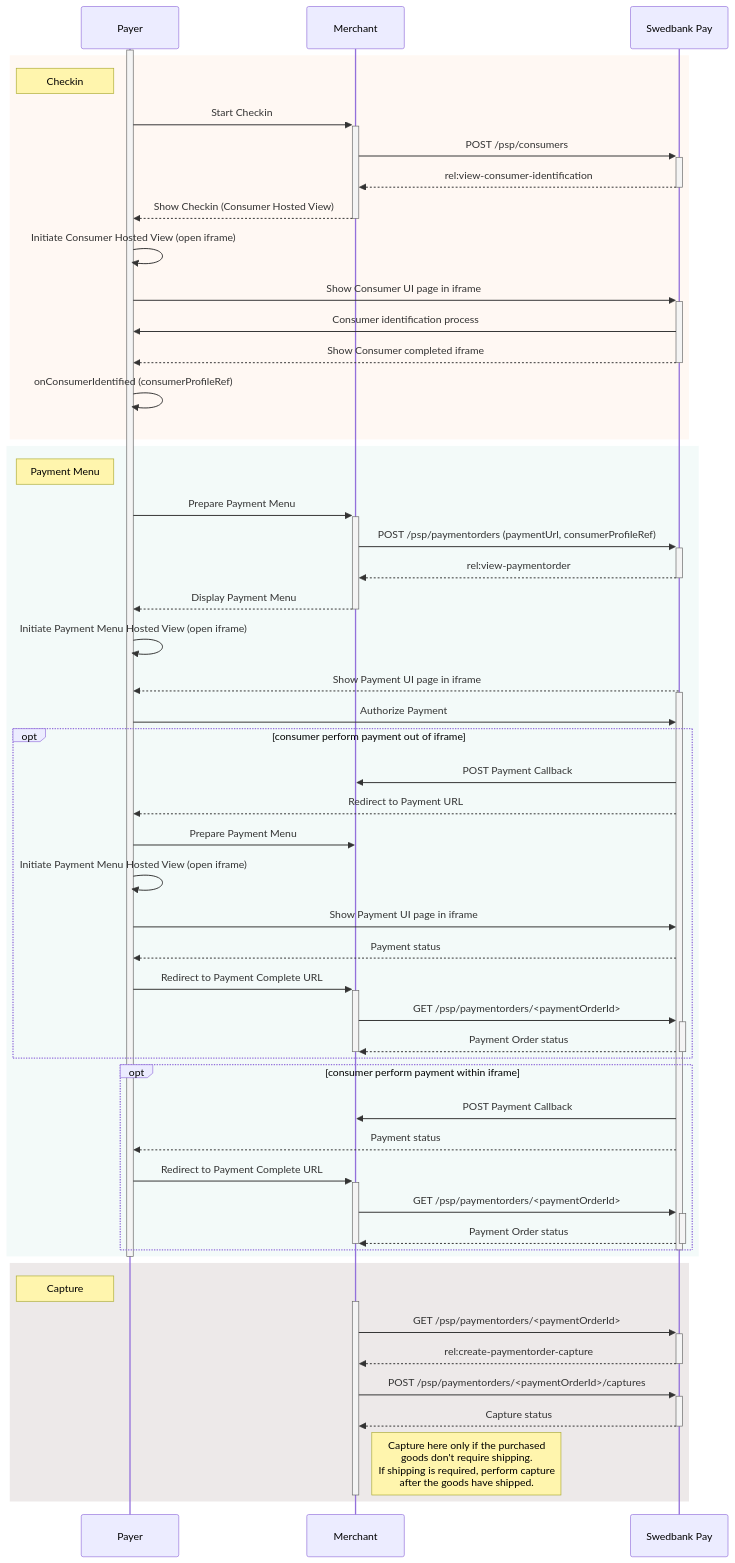
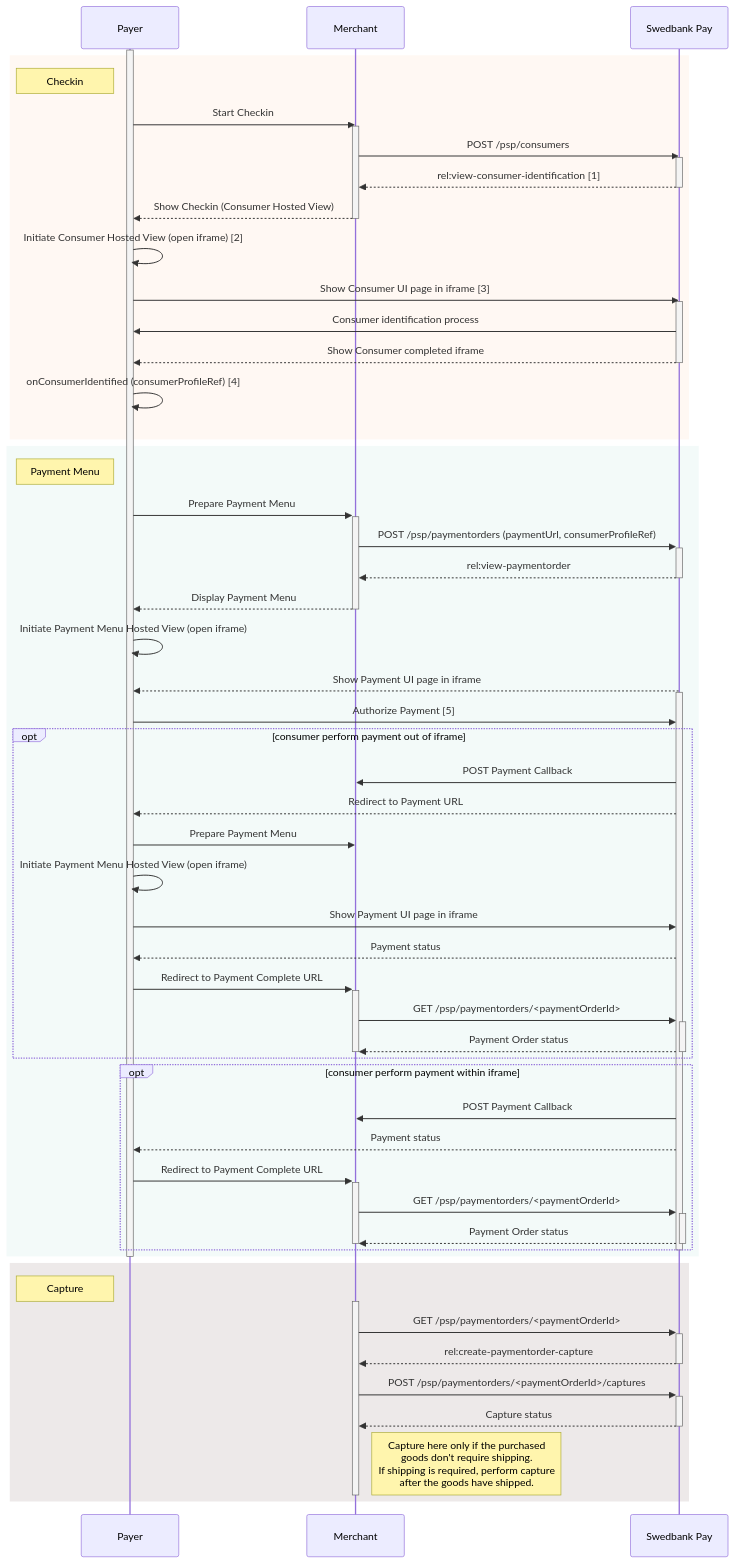
One commit to SwedbankPay/developer.swedbankpay.com changed the diagram in checkout/index.md. Above: the diagram before and after it, drawn with Mermaid. The commit also changed other lines of this file, not shown here.

Commit message:
Feat(Index): Added some content and footnotes explanations
I explain what some of the diagrams actions does. Also described "capture" in the intro text

````diff
--- a/checkout/index.md
+++ b/checkout/index.md
@@ -53,68 +55,73 @@
 ```mermaid
 sequenceDiagram
     participant Payer
     participant Merchant
     participant SwedbankPay as Swedbank Pay
 
     activate Payer
         rect rgba(238, 112, 35, 0.05)
             note left of Payer: Checkin
 
-            Payer ->>+ Merchant: Start Checkin
-                Merchant ->>+ SwedbankPay: POST /psp/consumers
-                    SwedbankPay -->>- Merchant: rel:view-consumer-identification
-                Merchant -->>- Payer: Show Checkin (Consumer Hosted View)
+            Payer ->> Merchant: Start Checkin
+            activate Merchant
+                Merchant ->> SwedbankPay: POST /psp/consumers
+                activate SwedbankPay
+                    SwedbankPay -->> Merchant: rel:view-consumer-identification [1]
+                deactivate SwedbankPay
+                Merchant -->> Payer: Show Checkin (Consumer Hosted View)
 
-            Payer ->> Payer: Initiate Consumer Hosted View (open iframe)
-            Payer ->>+ SwedbankPay: Show Consumer UI page in iframe
+            deactivate Merchant
+            Payer ->> Payer: Initiate Consumer Hosted View (open iframe) [2]
+            Payer ->> SwedbankPay: Show Consumer UI page in iframe [3]
+            activate SwedbankPay
                 SwedbankPay ->> Payer: Consumer identification process
                 SwedbankPay -->> Payer: Show Consumer completed iframe
             deactivate SwedbankPay
-            Payer ->> Payer: onConsumerIdentified (consumerProfileRef)
+            Payer ->> Payer: onConsumerIdentified (consumerProfileRef) [4]
         end
 
         rect rgba(138,205,195,0.1)
             note left of Payer: Payment Menu
             Payer ->>+ Merchant: Prepare Payment Menu
                 Merchant ->>+ SwedbankPay: POST /psp/paymentorders (paymentUrl, consumerProfileRef)
                     SwedbankPay -->>- Merchant: rel:view-paymentorder
                 Merchant -->>- Payer: Display Payment Menu
             Payer ->> Payer: Initiate Payment Menu Hosted View (open iframe)
             SwedbankPay -->> Payer: Show Payment UI page in iframe
             activate SwedbankPay
-                Payer ->> SwedbankPay: Authorize Payment
+                Payer ->> SwedbankPay: Authorize Payment [5]
                 opt consumer perform payment out of iframe
                     SwedbankPay ->> Merchant: POST Payment Callback
                     SwedbankPay -->> Payer: Redirect to Payment URL
                     Payer ->> Merchant: Prepare Payment Menu
                     Payer ->> Payer: Initiate Payment Menu Hosted View (open iframe)
                     Payer ->> SwedbankPay: Show Payment UI page in iframe
                     SwedbankPay -->> Payer: Payment status
                     Payer ->>+ Merchant: Redirect to Payment Complete URL
                         Merchant ->>+ SwedbankPay: GET /psp/paymentorders/<paymentOrderId>
                             SwedbankPay -->>- Merchant: Payment Order status
                     deactivate Merchant
                 end
                 opt consumer perform payment within iframe
                     SwedbankPay ->> Merchant: POST Payment Callback
                     SwedbankPay -->> Payer: Payment status
                     Payer ->>+ Merchant: Redirect to Payment Complete URL
                         Merchant ->>+ SwedbankPay: GET /psp/paymentorders/<paymentOrderId>
                             SwedbankPay -->>- Merchant: Payment Order status
                     deactivate Merchant
                 end
             deactivate SwedbankPay
         end
     deactivate Payer
 
     rect rgba(81,43,43,0.1)
         note left of Payer: Capture
         activate Merchant
             Merchant ->>+ SwedbankPay: GET /psp/paymentorders/<paymentOrderId>
                 SwedbankPay -->>- Merchant: rel:create-paymentorder-capture
             Merchant ->>+ SwedbankPay: POST /psp/paymentorders/<paymentOrderId>/captures
                 SwedbankPay -->>- Merchant: Capture status
             note right of Merchant: Capture here only if the purchased<br/>goods don't require shipping.<br/>If shipping is required, perform capture<br/>after the goods have shipped.
         deactivate Merchant
     end
 ```
````
